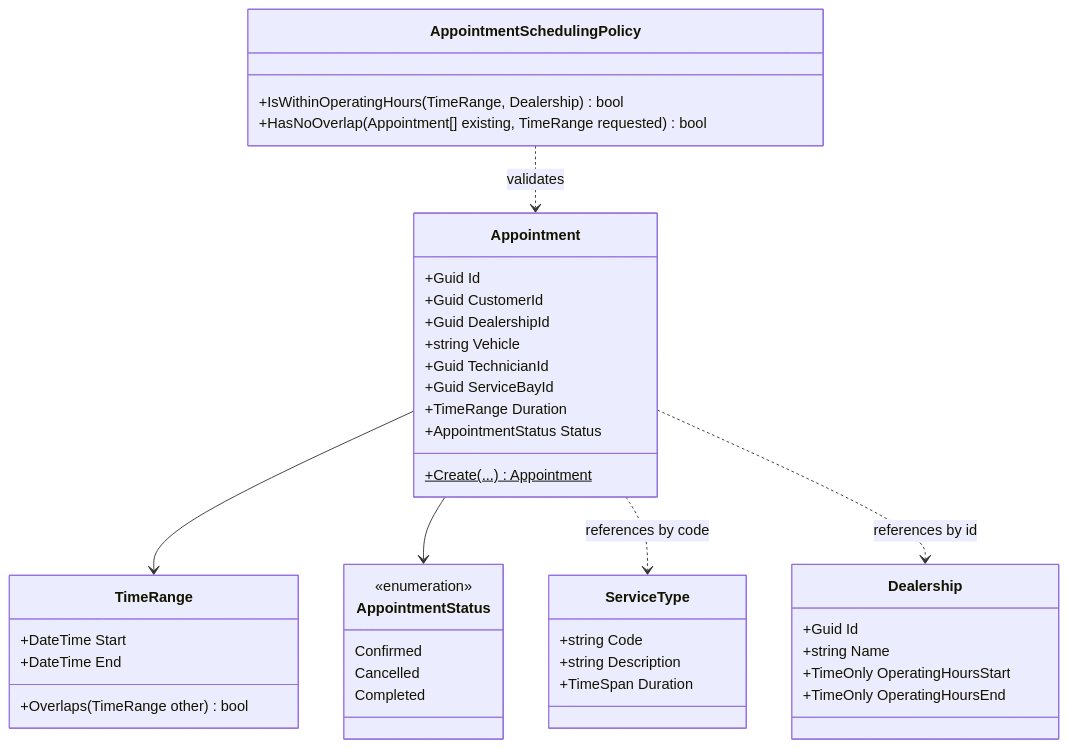
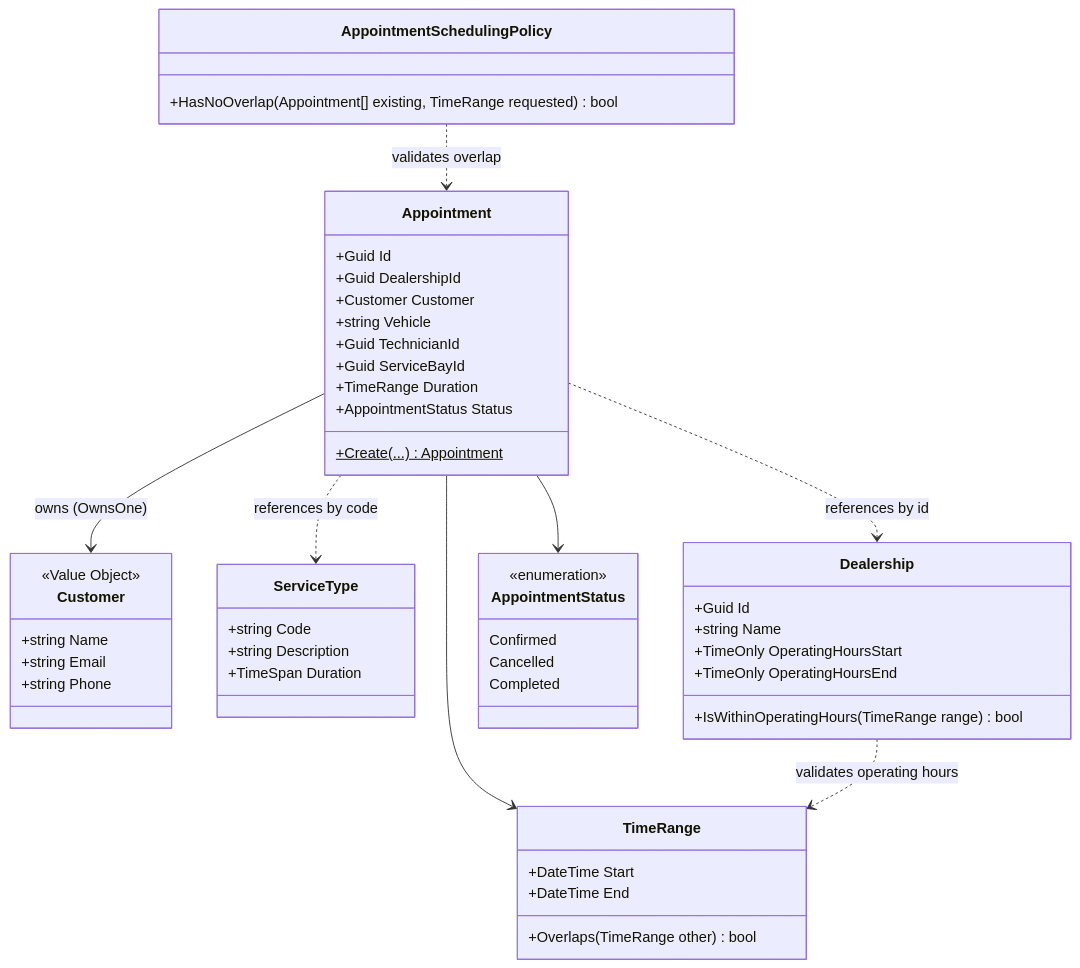
One commit to wesilios/unified-service-scheduler changed the seventh of 9 diagrams in architecture.md. Above: the diagram before and after it, drawn with Mermaid. The commit also changed other lines of this file and 3 other files, not shown here.

````diff
--- a/architecture.md
+++ b/architecture.md
@@ -582,46 +668,54 @@
 ```mermaid
 classDiagram
     class Appointment {
         +Guid Id
-        +Guid CustomerId
         +Guid DealershipId
+        +Customer Customer
         +string Vehicle
         +Guid TechnicianId
         +Guid ServiceBayId
         +TimeRange Duration
         +AppointmentStatus Status
         +Create(...)$ Appointment
+    }
+    class Customer {
+        <<Value Object>>
+        +string Name
+        +string Email
+        +string Phone
     }
     class TimeRange {
         +DateTime Start
         +DateTime End
         +Overlaps(TimeRange other) bool
     }
     class ServiceType {
         +string Code
         +string Description
         +TimeSpan Duration
     }
     class Dealership {
         +Guid Id
         +string Name
         +TimeOnly OperatingHoursStart
         +TimeOnly OperatingHoursEnd
+        +IsWithinOperatingHours(TimeRange range) bool
     }
     class AppointmentSchedulingPolicy {
-        +IsWithinOperatingHours(TimeRange, Dealership) bool
         +HasNoOverlap(Appointment[] existing, TimeRange requested) bool
     }
     class AppointmentStatus {
         <<enumeration>>
         Confirmed
         Cancelled
         Completed
     }
 
     Appointment --> TimeRange
+    Appointment --> Customer : owns (OwnsOne)
     Appointment --> AppointmentStatus
     Appointment ..> ServiceType : references by code
     Appointment ..> Dealership : references by id
-    AppointmentSchedulingPolicy ..> Appointment : validates
+    AppointmentSchedulingPolicy ..> Appointment : validates overlap
+    Dealership ..> TimeRange : validates operating hours
 ```
````
